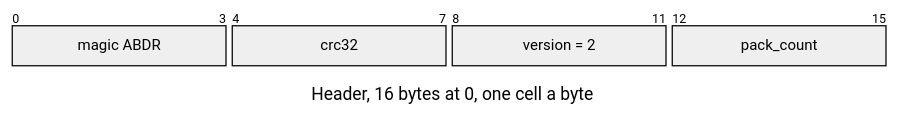
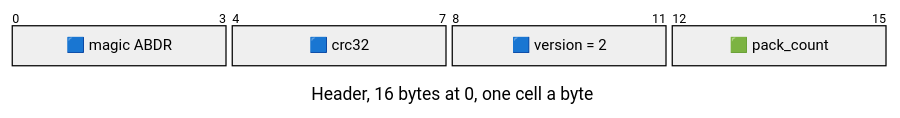
One commit to jose-villegas/autana changed the first of 2 diagrams in docs/assets/formats/ABDR.md. Above: the diagram before and after it, drawn with Mermaid. The commit also changed other lines of this file and 14 other files, not shown here.

````diff
--- a/docs/assets/formats/ABDR.md
+++ b/docs/assets/formats/ABDR.md
@@ -7,14 +7,14 @@
 ```mermaid
 ---
 config:
   packet:
     bitsPerRow: 16
     bitWidth: 44
 ---
 packet-beta
 title Header, 16 bytes at 0, one cell a byte
-0-3: "magic ABDR"
-4-7: "crc32"
-8-11: "version = 2"
-12-15: "pack_count"
+0-3: "🟦 magic ABDR"
+4-7: "🟦 crc32"
+8-11: "🟦 version = 2"
+12-15: "🟩 pack_count"
 ```
````
